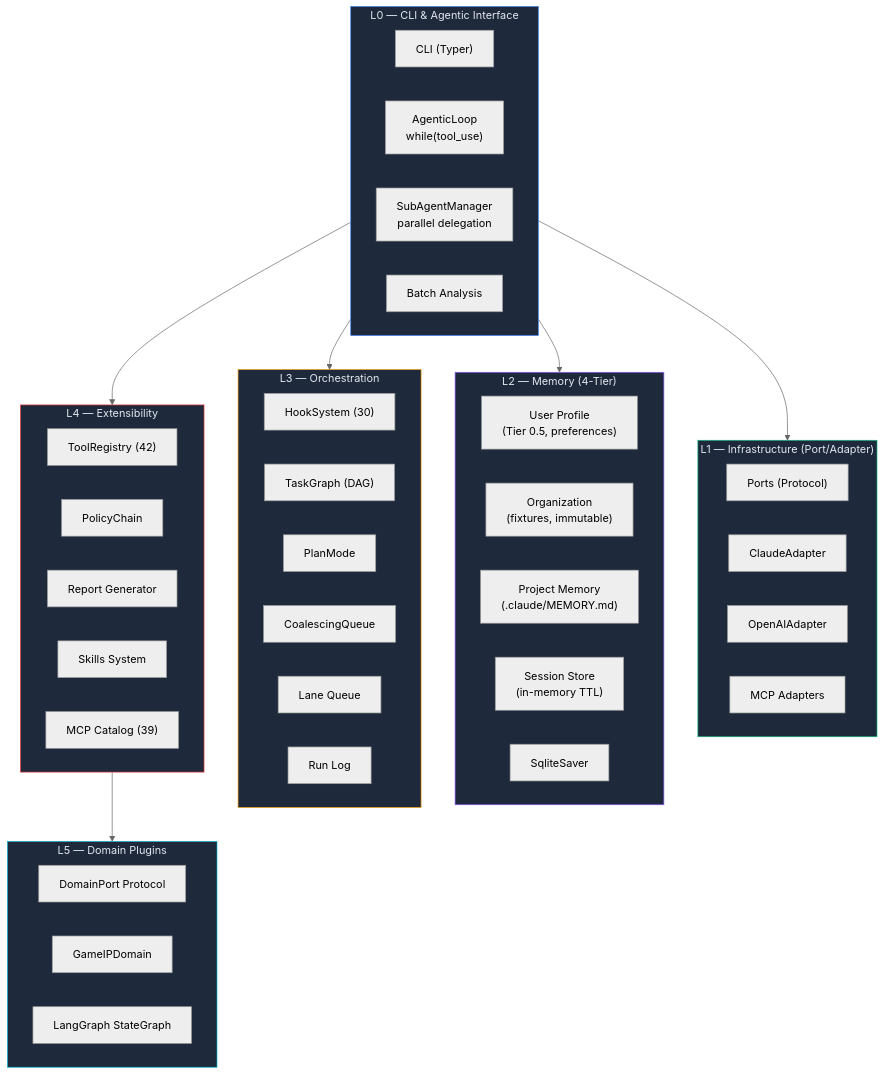
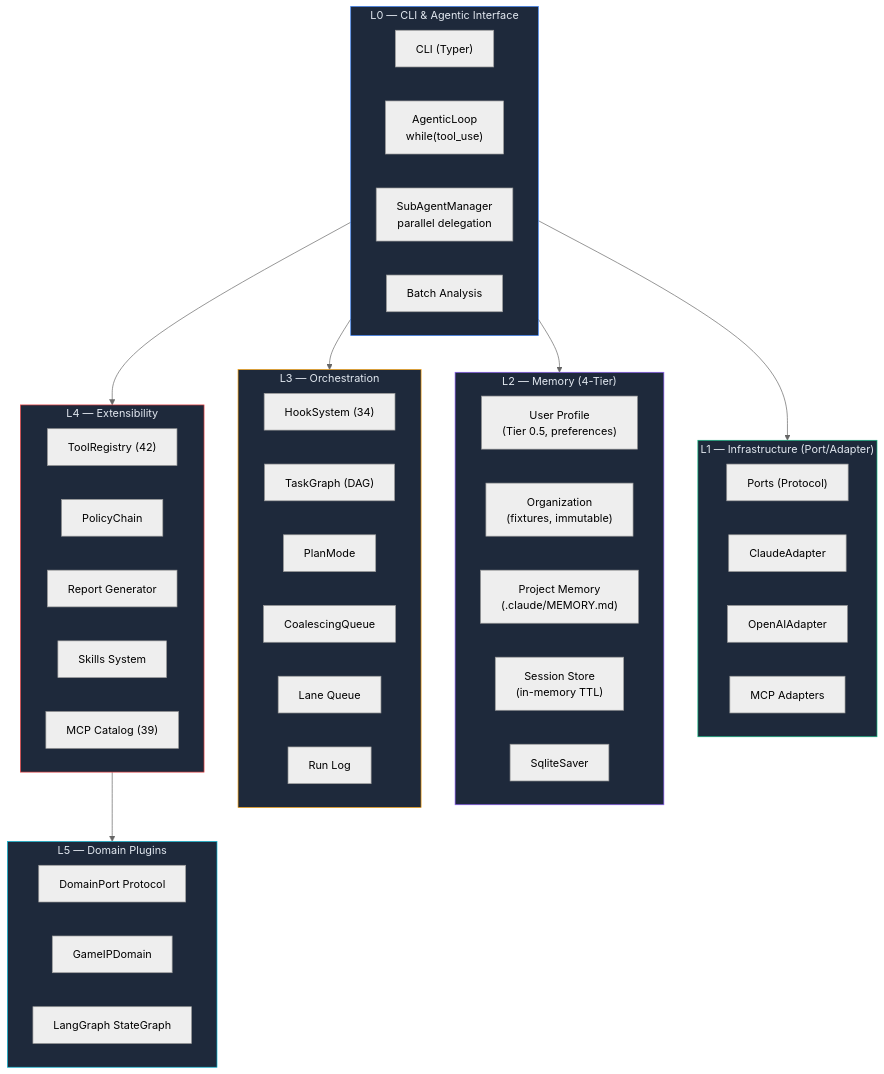
Before and after one commit to mangowhoiscloud/geode: the second of 15 diagrams in README.md, drawn with Mermaid (neutral theme). The commit also changed other lines of this file and 2 other files, not shown here.

First line of the commit message:
docs: 칸반 정비 + Stop Hook 보강 + docs-sync (HookEvents 34)

````diff
--- a/README.md
+++ b/README.md
@@ -122,60 +122,60 @@
 ```mermaid
 graph TB
     subgraph L0["L0 — CLI & Agentic Interface"]
         CLI["CLI (Typer)"]
         AL["AgenticLoop<br/>while(tool_use)"]
         SubA["SubAgentManager<br/>parallel delegation"]
         Batch["Batch Analysis"]
     end
 
     subgraph L1["L1 — Infrastructure (Port/Adapter)"]
         direction LR
         Ports["Ports (Protocol)"]
         Claude["ClaudeAdapter"]
         OpenAI["OpenAIAdapter"]
         MCP["MCP Adapters"]
     end
 
     subgraph L2["L2 — Memory (4-Tier)"]
         UserProf["User Profile<br/>(Tier 0.5, preferences)"]
         Org["Organization<br/>(fixtures, immutable)"]
         Project["Project Memory<br/>(.claude/MEMORY.md)"]
         Session["Session Store<br/>(in-memory TTL)"]
         Checkpoint["SqliteSaver"]
     end
 
     subgraph L3["L3 — Orchestration"]
-        Hooks["HookSystem (30)"]
+        Hooks["HookSystem (34)"]
         Tasks["TaskGraph (DAG)"]
         Plan["PlanMode"]
         Coal["CoalescingQueue"]
         Lanes["Lane Queue"]
         RunLog["Run Log"]
     end
 
     subgraph L4["L4 — Extensibility"]
         Tools["ToolRegistry (42)"]
         Policy["PolicyChain"]
         Reports["Report Generator"]
         Skills["Skills System"]
         MCPCat["MCP Catalog (39)"]
     end
 
     subgraph L5["L5 — Domain Plugins"]
         Domain["DomainPort Protocol"]
         GameIP["GameIPDomain"]
         Pipeline["LangGraph StateGraph"]
     end
 
     L0 --> L1
     L0 --> L2
     L0 --> L3
     L0 --> L4
     L4 --> L5
     style L0 fill:#1e293b,stroke:#3b82f6,color:#e2e8f0
     style L1 fill:#1e293b,stroke:#10b981,color:#e2e8f0
     style L2 fill:#1e293b,stroke:#8b5cf6,color:#e2e8f0
     style L3 fill:#1e293b,stroke:#f59e0b,color:#e2e8f0
     style L4 fill:#1e293b,stroke:#ef4444,color:#e2e8f0
     style L5 fill:#1e293b,stroke:#06b6d4,color:#e2e8f0
 ```
````
